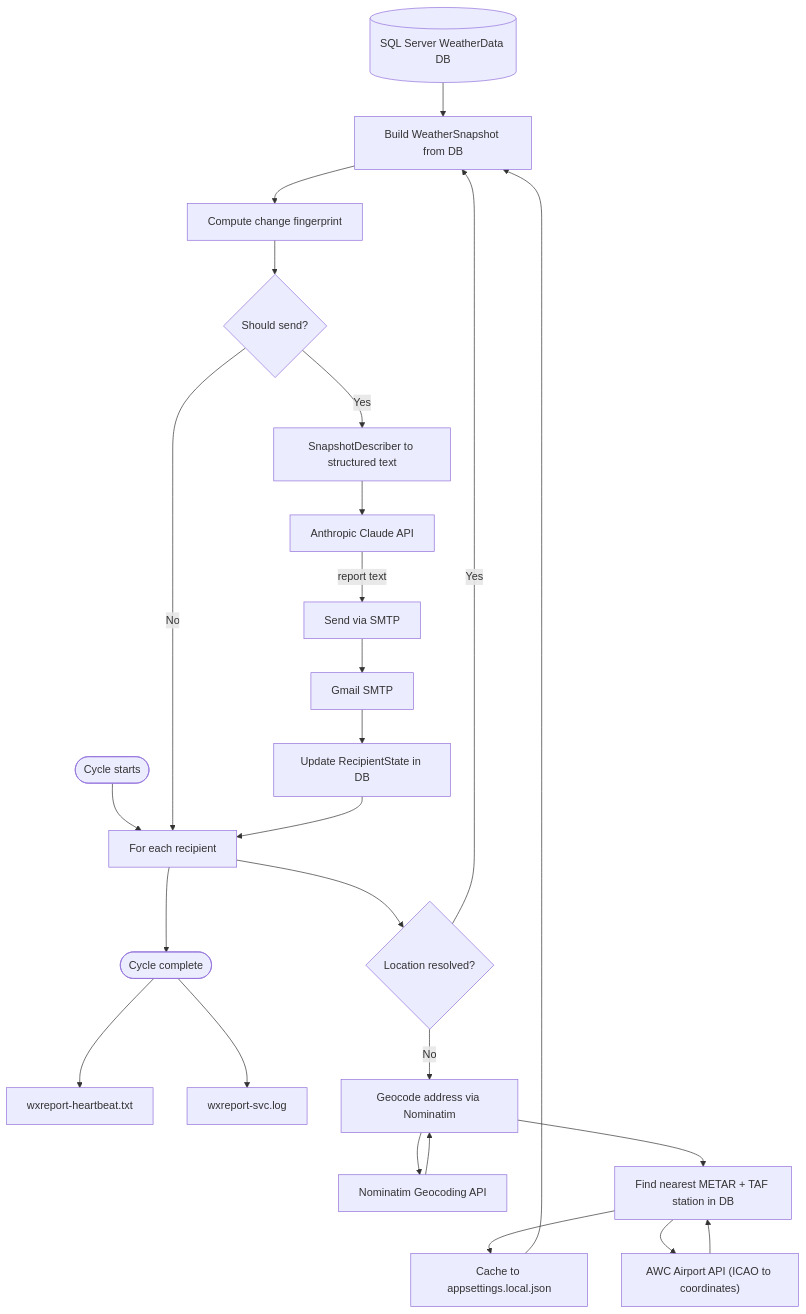
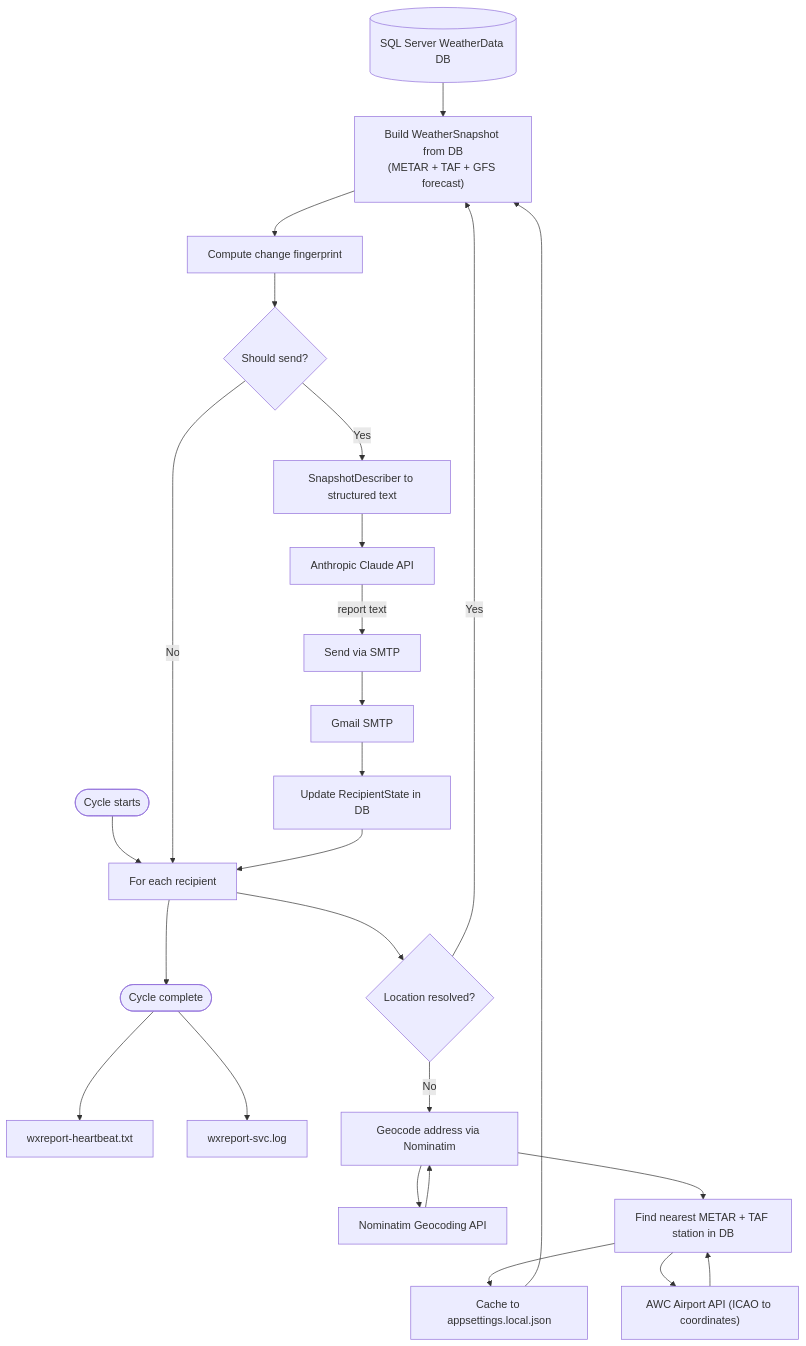
The fourth of 8 diagrams in WxServices/DESIGN.md (PaulHarder2/HarderWare), drawn with Mermaid before and after one commit. The commit also changed other lines of this file and 43 other files, not shown here.

````diff
--- a/WxServices/DESIGN.md
+++ b/WxServices/DESIGN.md
@@ -119,40 +164,40 @@
 ```mermaid
 flowchart TD
     DB[("SQL Server WeatherData DB")]
     NOM["Nominatim Geocoding API"]
     AWC2["AWC Airport API (ICAO to coordinates)"]
     CLAUDE["Anthropic Claude API"]
     SMTP["Gmail SMTP"]
     RHB["wxreport-heartbeat.txt"]
     RLOG["wxreport-svc.log"]
 
     START([Cycle starts]) --> EACH["For each recipient"]
 
     EACH --> RESOLVED{Location resolved?}
     RESOLVED -->|No| GEO["Geocode address via Nominatim"]
     GEO --> NEAREST["Find nearest METAR + TAF station in DB"]
     NEAREST --> CACHE["Cache to appsettings.local.json"]
     CACHE --> SNAP
 
-    RESOLVED -->|Yes| SNAP["Build WeatherSnapshot from DB"]
+    RESOLVED -->|Yes| SNAP["Build WeatherSnapshot from DB\n(METAR + TAF + GFS forecast)"]
     DB --> SNAP
 
     SNAP --> FP["Compute change fingerprint"]
     FP --> SEND{Should send?}
     SEND -->|No| EACH
     SEND -->|Yes| DESC["SnapshotDescriber to structured text"]
     DESC --> CLAUDE
     CLAUDE -->|report text| EMAIL["Send via SMTP"]
     EMAIL --> SMTP
     SMTP --> STATE["Update RecipientState in DB"]
     STATE --> EACH
 
     EACH --> DONE([Cycle complete])
     DONE --> RHB
     DONE --> RLOG
 
     GEO --> NOM
     NOM --> GEO
     NEAREST --> AWC2
     AWC2 --> NEAREST
 ```
````
